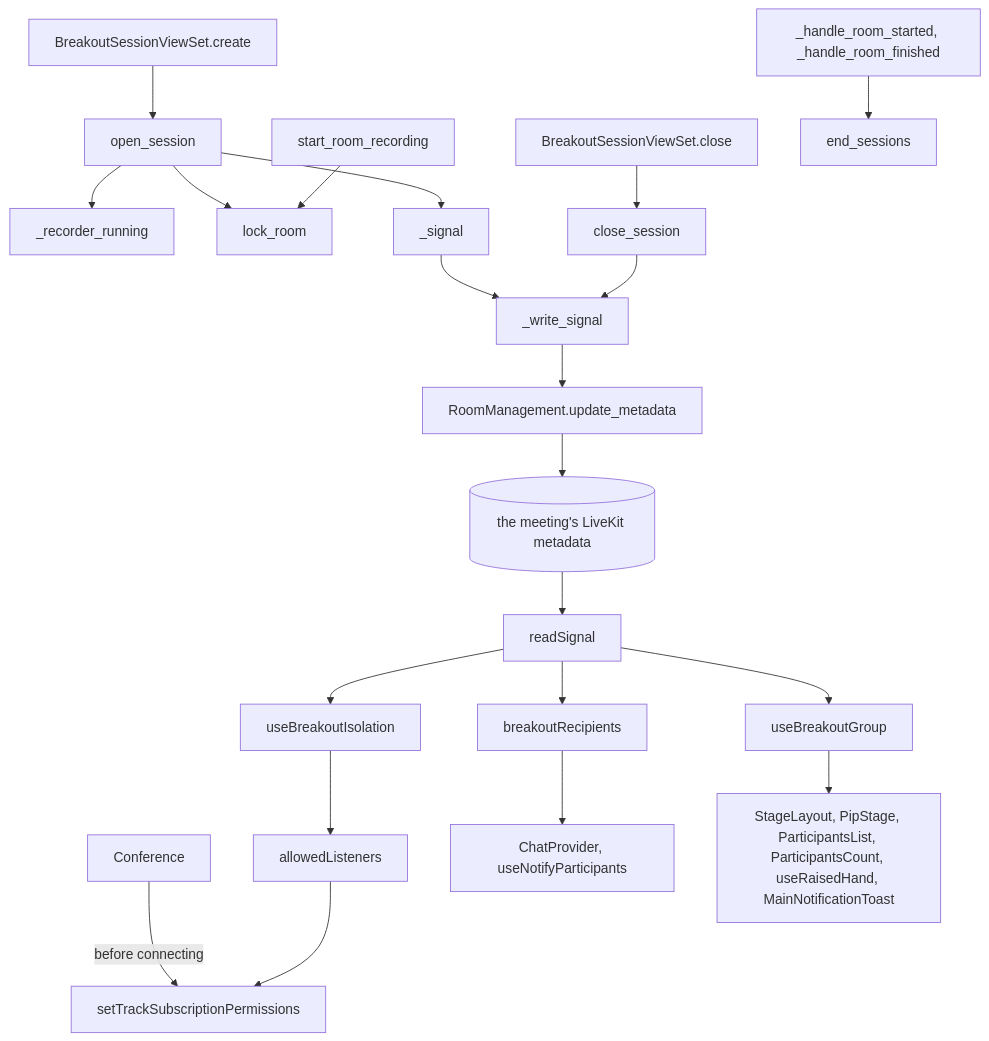
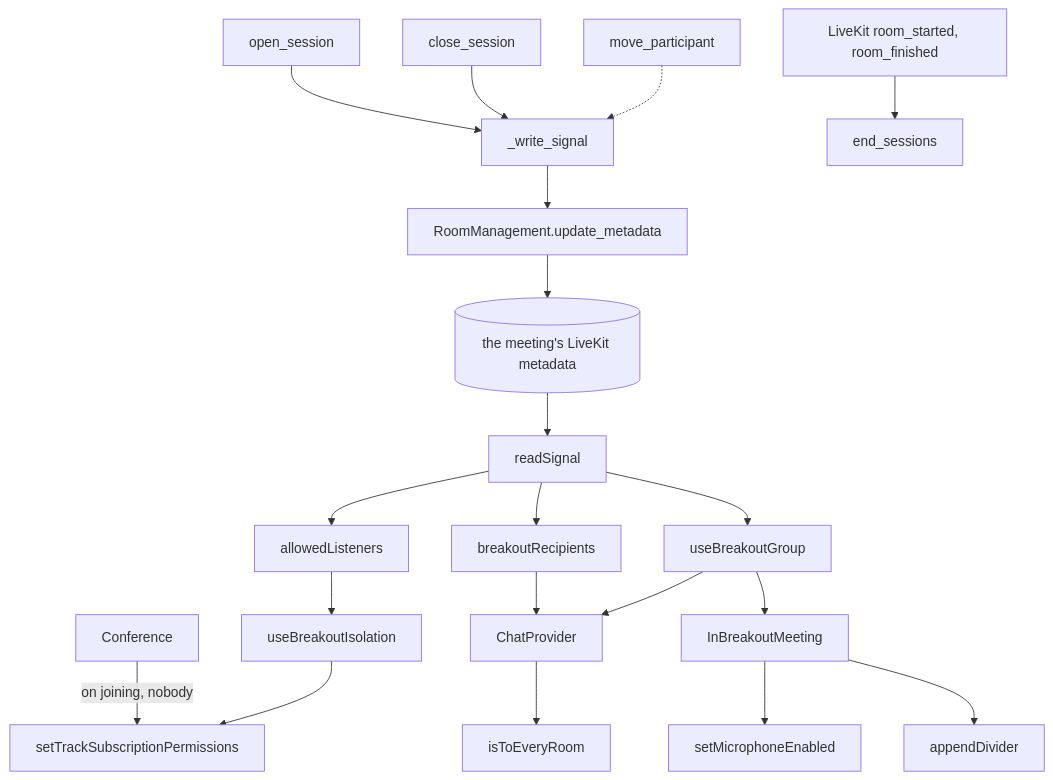
Before and after one commit to davd-gzl/agent-artifact: the first of 4 diagrams in meet/1765/overview.md, drawn with Mermaid. The commit also changed other lines of this file, not shown here.

````diff
--- a/meet/1765/overview.md
+++ b/meet/1765/overview.md
@@ -40,23 +157,22 @@
 ```mermaid
 flowchart TD
-    create["BreakoutSessionViewSet.create"] --> open["open_session"]
-    open --> recorder["_recorder_running"]
-    open --> lock["lock_room"]
-    recording["start_room_recording"] --> lock
-    open --> signal["_signal"]
-    signal --> write["_write_signal"]
-    close["BreakoutSessionViewSet.close"] --> closeSession["close_session"]
-    closeSession --> write
+    open["open_session"] --> write["_write_signal"]
+    close["close_session"] --> write
+    move["move_participant"] -.-> write
     write --> update["RoomManagement.update_metadata"]
-    events["_handle_room_started, _handle_room_finished"] --> ends["end_sessions"]
+    events["LiveKit room_started, room_finished"] --> ends["end_sessions"]
     update --> metadata[("the meeting's LiveKit metadata")]
-    conference["Conference"] -->|before connecting| permissions["setTrackSubscriptionPermissions"]
+    conference["Conference"] -->|on joining, nobody| permissions["setTrackSubscriptionPermissions"]
     metadata --> read["readSignal"]
-    read --> isolation["useBreakoutIsolation"]
-    isolation --> listeners["allowedListeners"]
-    listeners --> permissions
+    read --> listeners["allowedListeners"]
+    listeners --> isolation["useBreakoutIsolation"]
+    isolation --> permissions
     read --> recipients["breakoutRecipients"]
-    recipients --> send["ChatProvider, useNotifyParticipants"]
+    recipients --> chat["ChatProvider"]
+    chat --> every["isToEveryRoom"]
     read --> group["useBreakoutGroup"]
-    group --> surfaces["StageLayout, PipStage, ParticipantsList, ParticipantsCount, useRaisedHand, MainNotificationToast"]
+    group --> chat
+    group --> participant["InBreakoutMeeting"]
+    participant --> mic["setMicrophoneEnabled"]
+    participant --> divider["appendDivider"]
 ```
````
